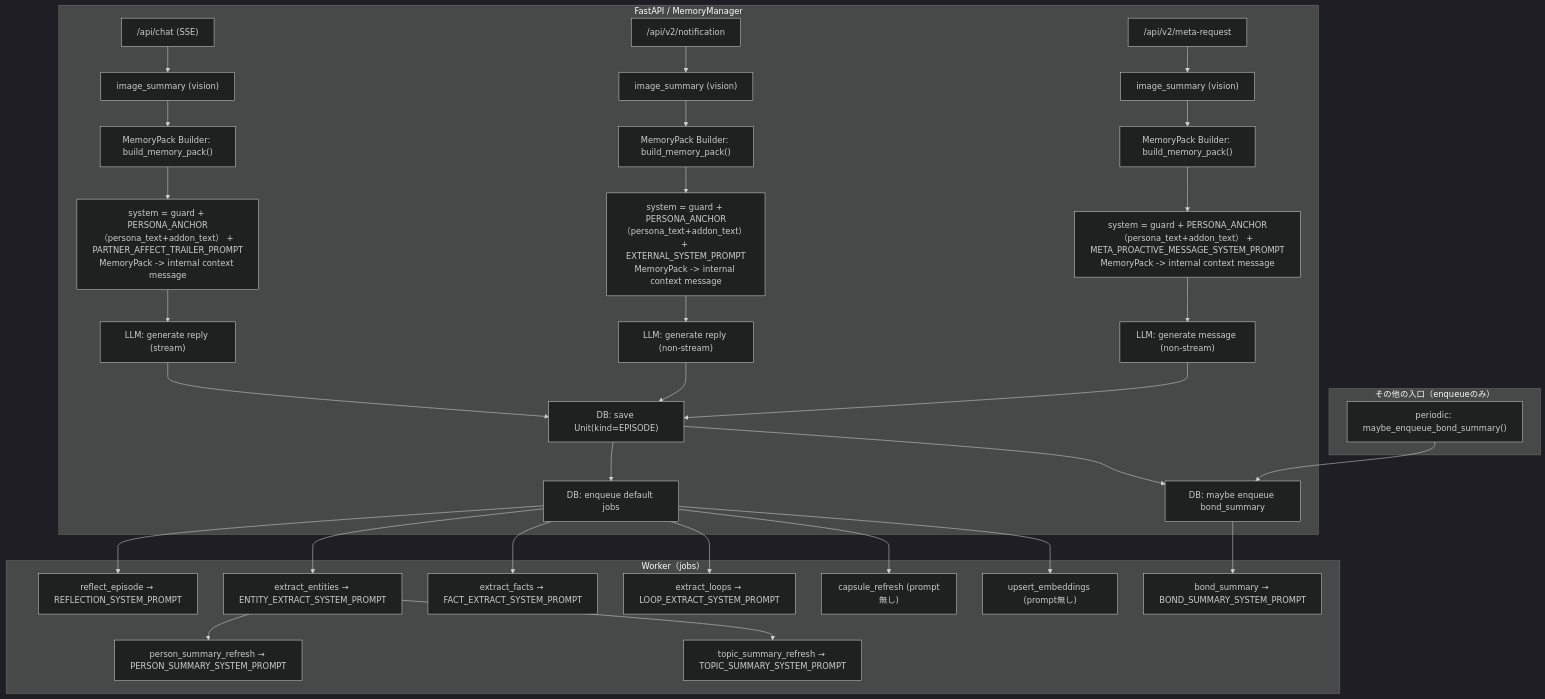
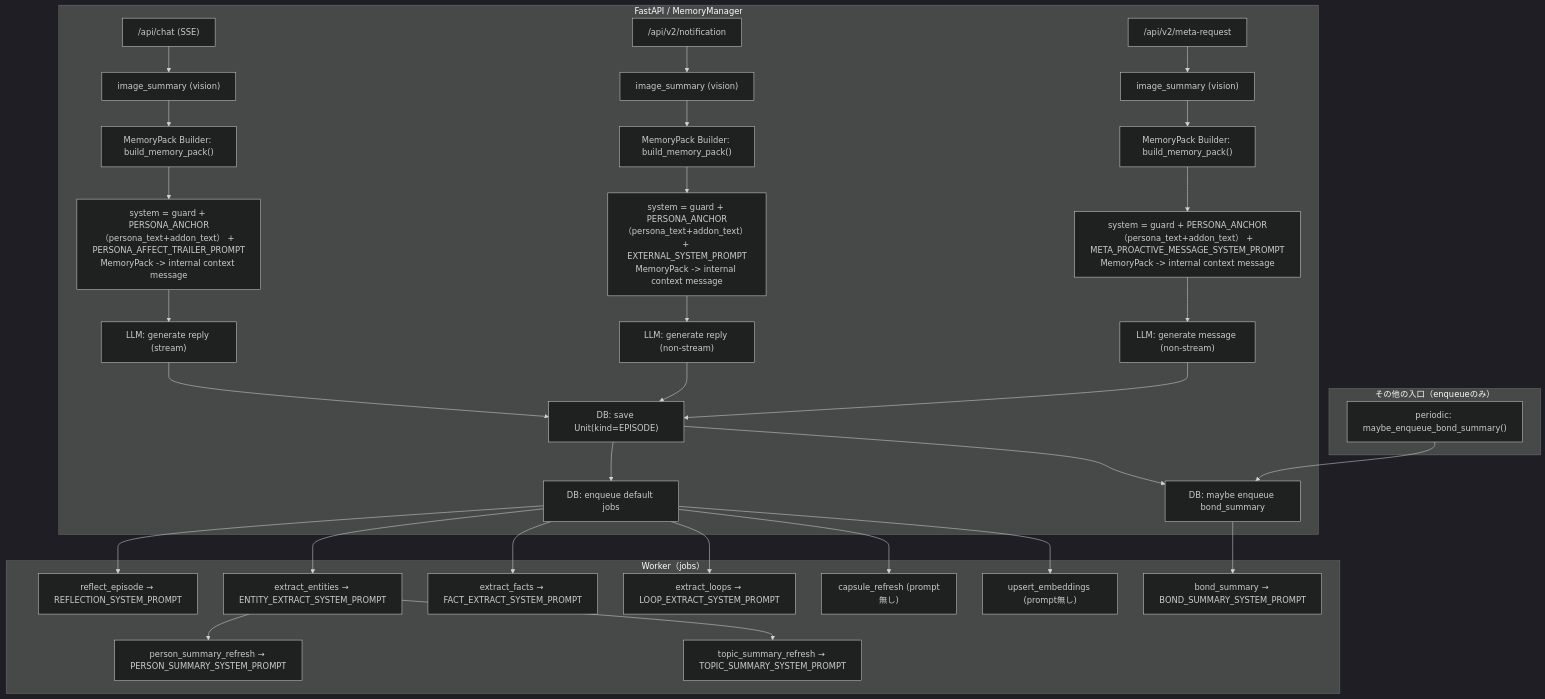
Before and after one commit to hirona98/cocoro_ghost: the first of 4 diagrams in docs/prompt_usage_map.md, drawn with Mermaid (dark theme). The commit also changed other lines of this file and 25 other files, not shown here.

````diff
--- a/docs/prompt_usage_map.md
+++ b/docs/prompt_usage_map.md
@@ -31,43 +31,43 @@
 ```mermaid
 flowchart TD
   subgraph API["FastAPI / MemoryManager"]
     CHAT["/api/chat (SSE)"] --> IMGC["image_summary (vision)"]
     NOTIF["/api/v2/notification"] --> IMGN["image_summary (vision)"]
     META["/api/v2/meta-request"] --> IMGM["image_summary (vision)"]
 
     IMGC --> PACK["MemoryPack Builder: build_memory_pack()"]
     IMGN --> PACKN["MemoryPack Builder: build_memory_pack()"]
     IMGM --> PACKM["MemoryPack Builder: build_memory_pack()"]
 
-    PACK --> SYS_CHAT["system = guard + PERSONA_ANCHOR（persona_text+addon_text） + PARTNER_AFFECT_TRAILER_PROMPT\nMemoryPack -> internal context message"]
+    PACK --> SYS_CHAT["system = guard + PERSONA_ANCHOR（persona_text+addon_text） + PERSONA_AFFECT_TRAILER_PROMPT\nMemoryPack -> internal context message"]
     PACKN --> SYS_NOTIF["system = guard + PERSONA_ANCHOR（persona_text+addon_text） + EXTERNAL_SYSTEM_PROMPT\nMemoryPack -> internal context message"]
     PACKM --> SYS_META["system = guard + PERSONA_ANCHOR（persona_text+addon_text） + META_PROACTIVE_MESSAGE_SYSTEM_PROMPT\nMemoryPack -> internal context message"]
 
     SYS_CHAT --> LLM_CHAT["LLM: generate reply (stream)"]
     SYS_NOTIF --> LLM_NOTIF["LLM: generate reply (non-stream)"]
     SYS_META --> LLM_META["LLM: generate message (non-stream)"]
 
     LLM_CHAT --> SAVE_EP["DB: save Unit(kind=EPISODE)"]
     LLM_NOTIF --> SAVE_EP
     LLM_META --> SAVE_EP
 
     SAVE_EP --> ENQ["DB: enqueue default jobs"]
     SAVE_EP --> ENQW_MAYBE["DB: maybe enqueue bond_summary"]
   end
 
   subgraph WORKER["Worker（jobs）"]
     ENQ --> REFLECT["reflect_episode → REFLECTION_SYSTEM_PROMPT"]
     ENQ --> ENT["extract_entities → ENTITY_EXTRACT_SYSTEM_PROMPT"]
     ENQ --> FACT["extract_facts → FACT_EXTRACT_SYSTEM_PROMPT"]
     ENQ --> LOOP["extract_loops → LOOP_EXTRACT_SYSTEM_PROMPT"]
     ENQ --> CAPR["capsule_refresh (prompt無し)"]
     ENQ --> EMB["upsert_embeddings (prompt無し)"]
     ENT --> PERS["person_summary_refresh → PERSON_SUMMARY_SYSTEM_PROMPT"]
     ENT --> TOP["topic_summary_refresh → TOPIC_SUMMARY_SYSTEM_PROMPT"]
     ENQW_MAYBE --> WEEK["bond_summary → BOND_SUMMARY_SYSTEM_PROMPT"]
   end
 
   subgraph OTHER["その他の入口（enqueueのみ）"]
     PERIODIC["periodic: maybe_enqueue_bond_summary()"] --> ENQW_MAYBE
   end
 ```
````
